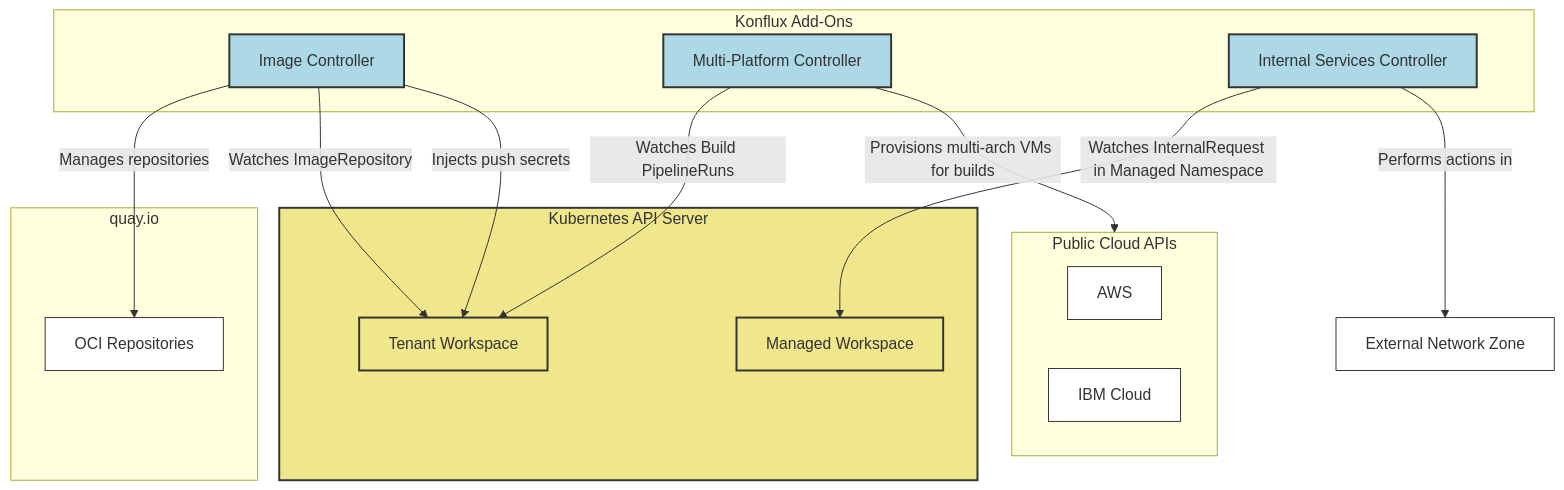
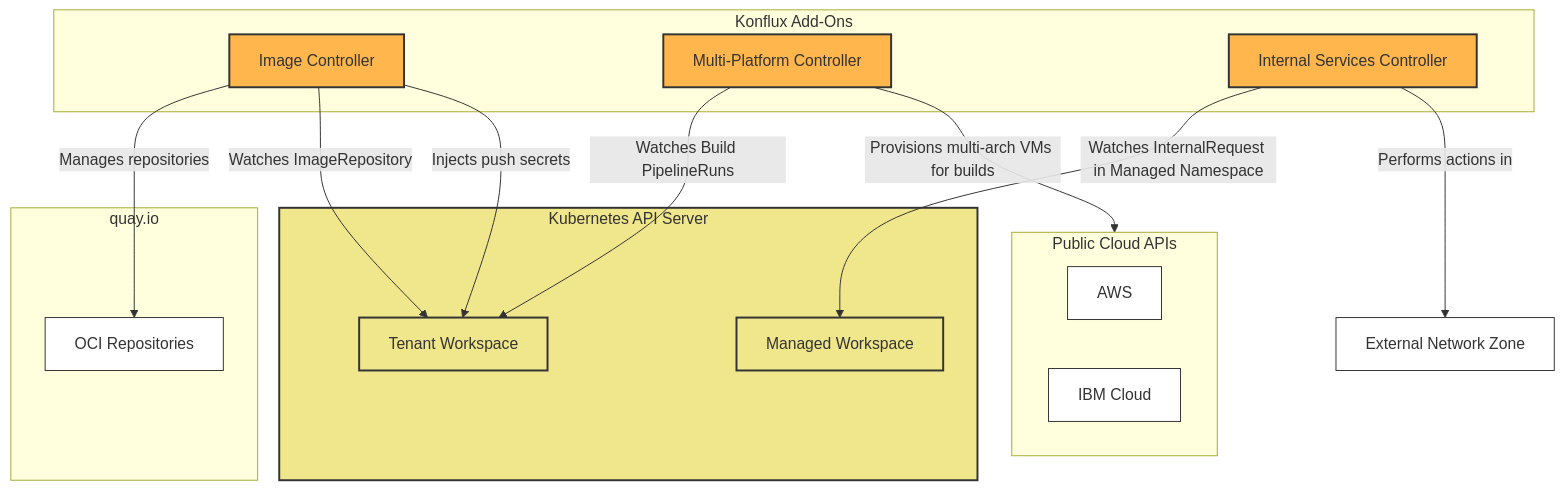
One commit to konflux-ci/architecture changed the second of 2 diagrams in architecture/add-ons/index.md. Above: the diagram before and after it, drawn with Mermaid. The commit also changed other lines of this file, not shown here.

Commit message:
Adjust colors for dark mode

````diff
--- a/architecture/add-ons/index.md
+++ b/architecture/add-ons/index.md
@@ -96,41 +96,41 @@
 ```mermaid
 graph TD
     subgraph Konflux Add-Ons
         IC[Image Controller]
         MPC[Multi-Platform Controller]
         ISC[Internal Services Controller]
     end
 
     subgraph quayio[quay.io]
         OCI[OCI Repositories]
     end
 
     subgraph cloudapis[Public Cloud APIs]
         AWS[AWS]
         IBM[IBM Cloud]
     end
 
     subgraph kubeapi[Kubernetes API Server]
         TW[Tenant Workspace]
         MW[Managed Workspace]
     end
 
     IC -- Manages repositories --> OCI
     IC -- Watches ImageRepository --> TW
     IC -- Injects push secrets --> TW
     MPC -- Provisions multi-arch VMs for builds --> cloudapis
     MPC -- Watches Build PipelineRuns --> TW
     ISC -- Watches InternalRequest in Managed Namespace --> MW
     ISC -- Performs actions in --> EXT[External Network Zone]
 
-    style IC fill:#add8e6,stroke:#333,stroke-width:2px;
-    style MPC fill:#add8e6,stroke:#333,stroke-width:2px;
-    style ISC fill:#add8e6,stroke:#333,stroke-width:2px;
+    style IC fill:#ffb74d,stroke:#333,stroke-width:2px;
+    style MPC fill:#ffb74d,stroke:#333,stroke-width:2px;
+    style ISC fill:#ffb74d,stroke:#333,stroke-width:2px;
     style kubeapi fill:#f0e68c,stroke:#333,stroke-width:2px;
     style TW fill:#f0e68c,stroke:#333,stroke-width:2px;
     style MW fill:#f0e68c,stroke:#333,stroke-width:2px;
     style AWS fill:#fff,stroke:#333,stroke-width:1px;
     style IBM fill:#fff,stroke:#333,stroke-width:1px;
     style EXT fill:#fff,stroke:#333,stroke-width:1px;
     style OCI fill:#fff,stroke:#333,stroke-width:1px;
 ```
````
